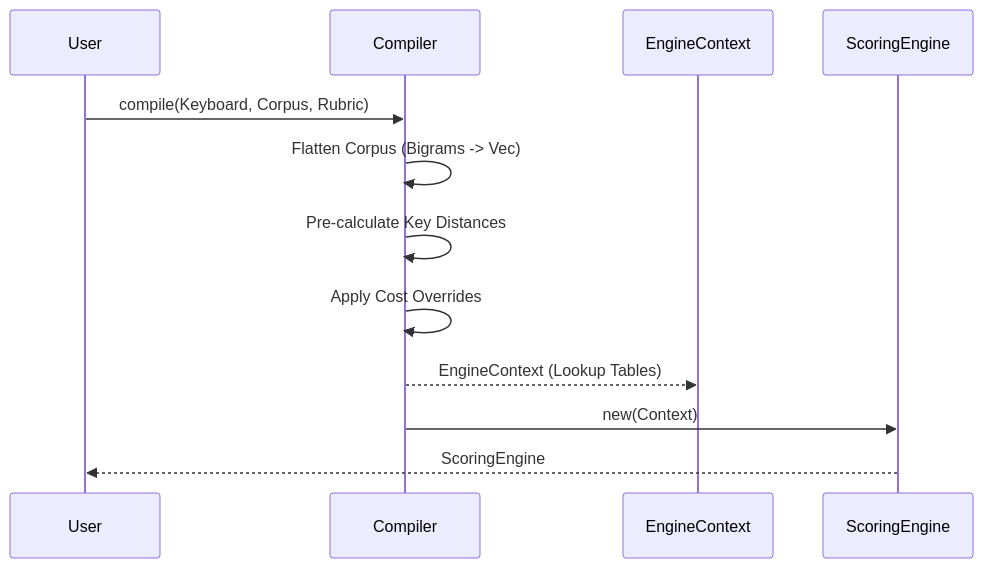
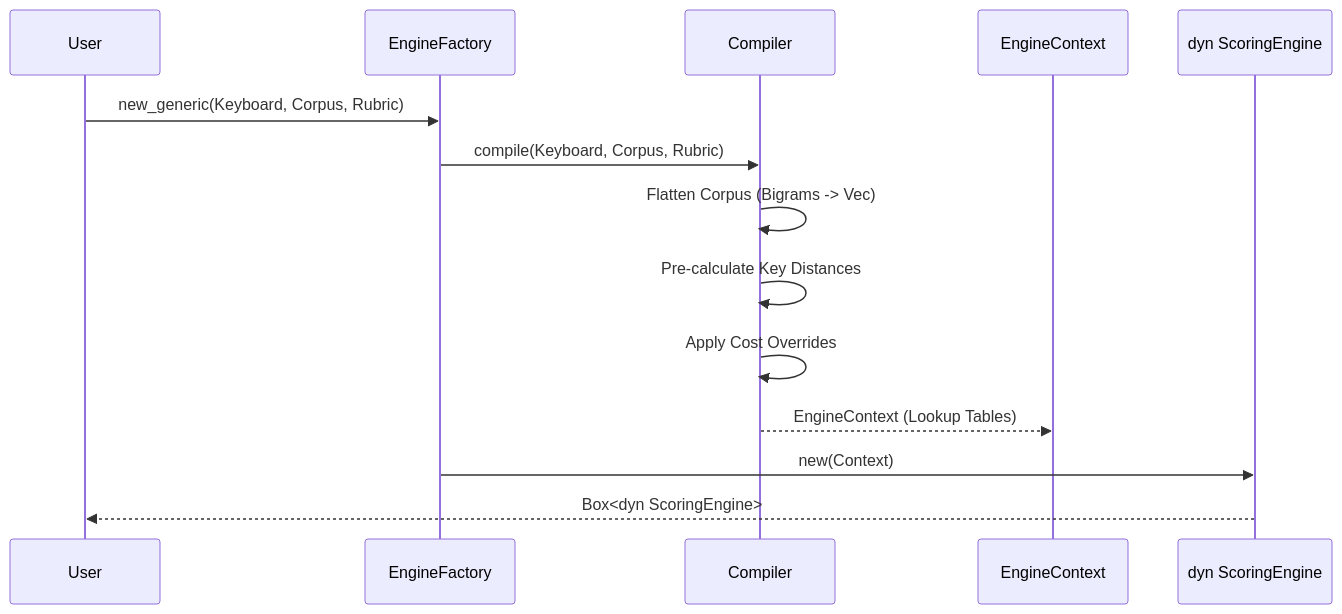
Before and after one commit to infodungeon/keyforge: the first of 3 diagrams in docs/design/keyforge-physics/README.md, drawn with Mermaid. The commit also changed other lines of this file and 100 other files, not shown here.

````diff
--- a/docs/design/keyforge-physics/README.md
+++ b/docs/design/keyforge-physics/README.md
@@ -12,18 +12,20 @@
 ```mermaid
 sequenceDiagram
     participant User
+    participant Factory as EngineFactory
     participant Compiler
     participant Context as EngineContext
-    participant Engine as ScoringEngine
+    participant Engine as dyn ScoringEngine
 
-    User->>Compiler: compile(Keyboard, Corpus, Rubric)
+    User->>Factory: new_generic(Keyboard, Corpus, Rubric)
+    Factory->>Compiler: compile(Keyboard, Corpus, Rubric)
     
     Compiler->>Compiler: Flatten Corpus (Bigrams -> Vec)
     Compiler->>Compiler: Pre-calculate Key Distances
     Compiler->>Compiler: Apply Cost Overrides
     
     Compiler-->>Context: EngineContext (Lookup Tables)
     
-    Compiler->>Engine: new(Context)
-    Engine-->>User: ScoringEngine
+    Factory->>Engine: new(Context)
+    Engine-->>User: Box<dyn ScoringEngine>
 ```
````
